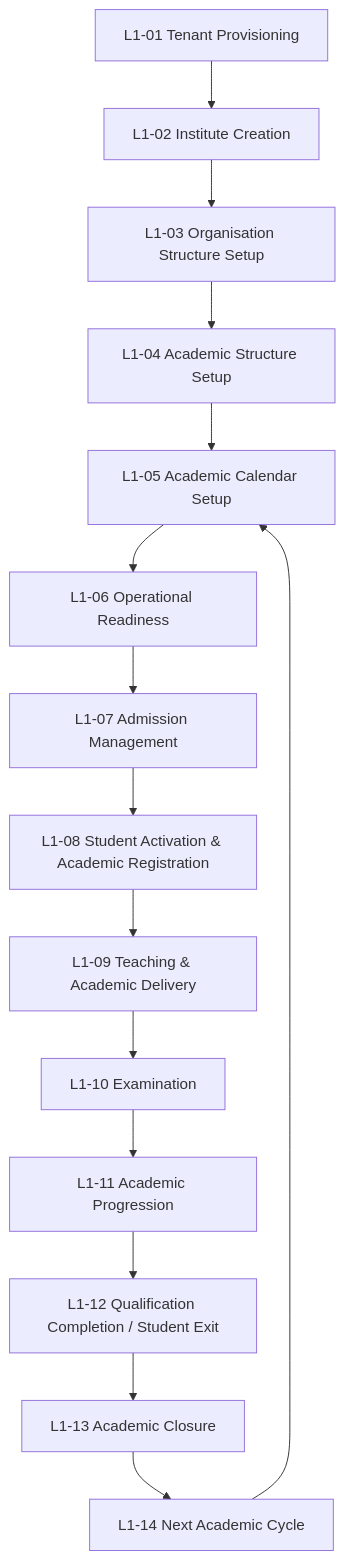
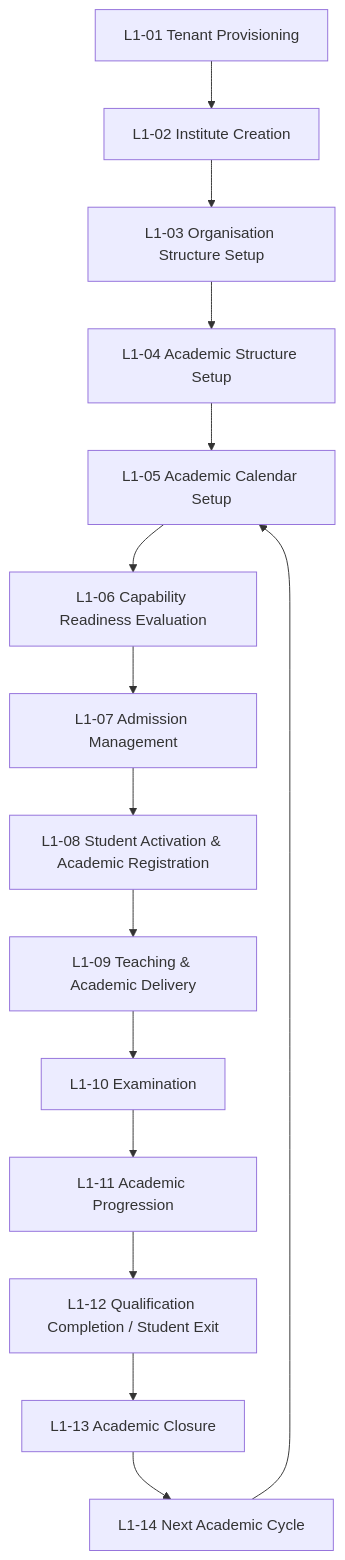
One commit to Varad1604/ERP_hark changed the seventh of 42 diagrams in architecture/L1_Business_Domain_Architecture/SutraERP_L1_Business_Domain_Architecture_Locked.md. Above: the diagram before and after it, drawn with Mermaid. The commit also changed other lines of this file and 71 other files, not shown here.

````diff
--- a/architecture/L1_Business_Domain_Architecture/SutraERP_L1_Business_Domain_Architecture_Locked.md
+++ b/architecture/L1_Business_Domain_Architecture/SutraERP_L1_Business_Domain_Architecture_Locked.md
@@ -474,20 +474,20 @@
 ```mermaid
 flowchart TD
 
 L1["L1-01 Tenant Provisioning"]
 -->L2["L1-02 Institute Creation"]
 -->L3["L1-03 Organisation Structure Setup"]
 -->L4["L1-04 Academic Structure Setup"]
 -->L5["L1-05 Academic Calendar Setup"]
--->L6["L1-06 Operational Readiness"]
+-->L6["L1-06 Capability Readiness Evaluation"]
 -->L7["L1-07 Admission Management"]
 -->L8["L1-08 Student Activation & Academic Registration"]
 -->L9["L1-09 Teaching & Academic Delivery"]
 -->L10["L1-10 Examination"]
 -->L11["L1-11 Academic Progression"]
 -->L12["L1-12 Qualification Completion / Student Exit"]
 -->L13["L1-13 Academic Closure"]
 -->L14["L1-14 Next Academic Cycle"]
 
 L14-->L5
 ```
````
